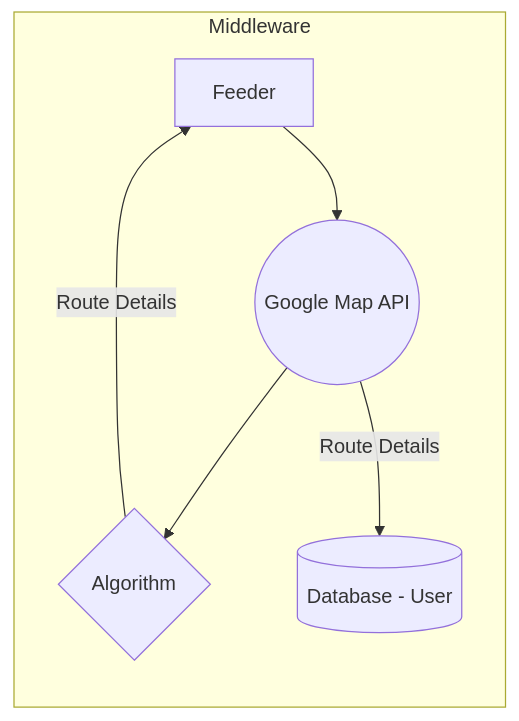
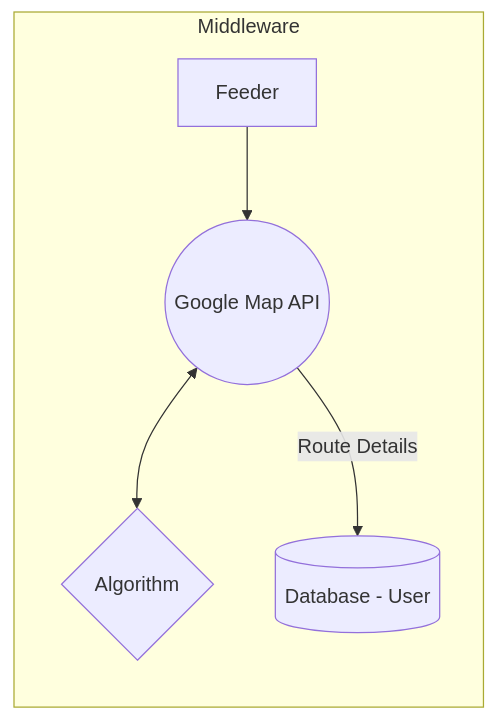
Before and after one commit to Jaivignesh-afk/example: the second of 3 diagrams in Design.md, drawn with Mermaid. The commit also changed other lines of this file, not shown here.

Commit message:
Design.md updated from https://stackedit.io/

````diff
--- a/Design.md
+++ b/Design.md
@@ -12,9 +12,10 @@
 ```mermaid
 flowchart LR
 subgraph Middleware
 A[Feeder] --> B((Google Map API))
-B --> D{Algorithm}
+B <--> D{Algorithm}
+
 B -- Route Details --> C[(Database - User)]
-D -- Route Details --> A 
+
 end
 ```
````
